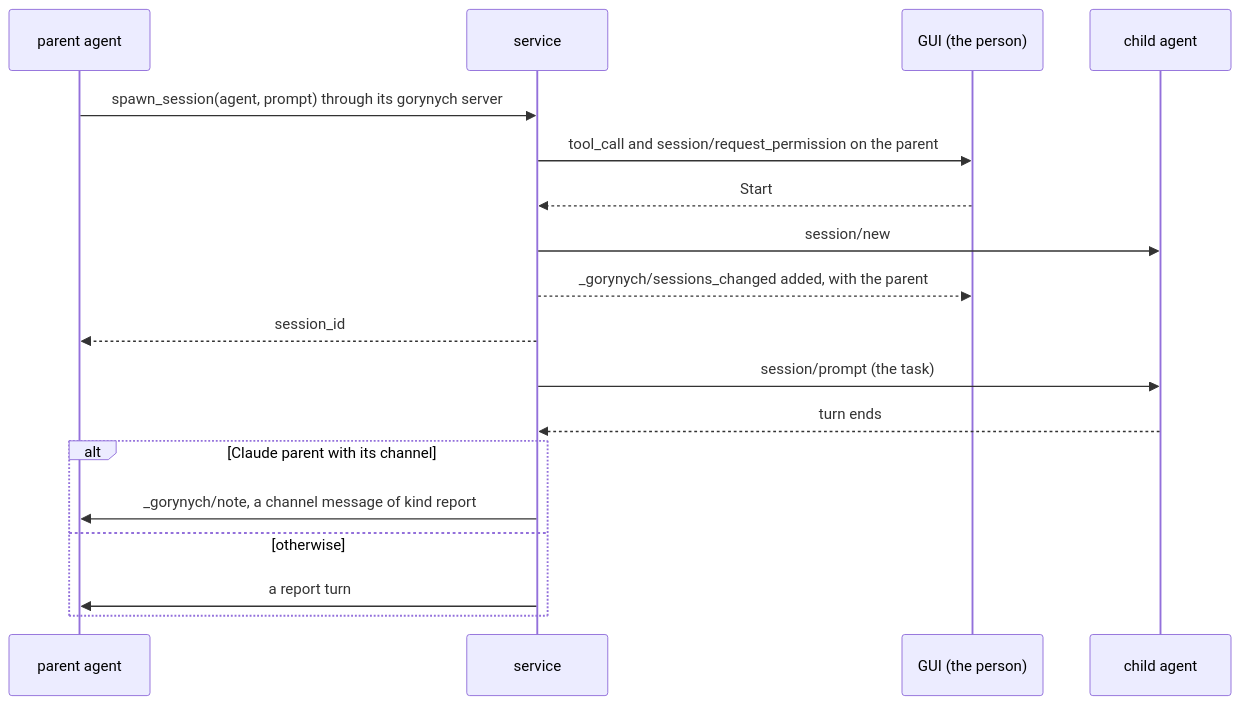
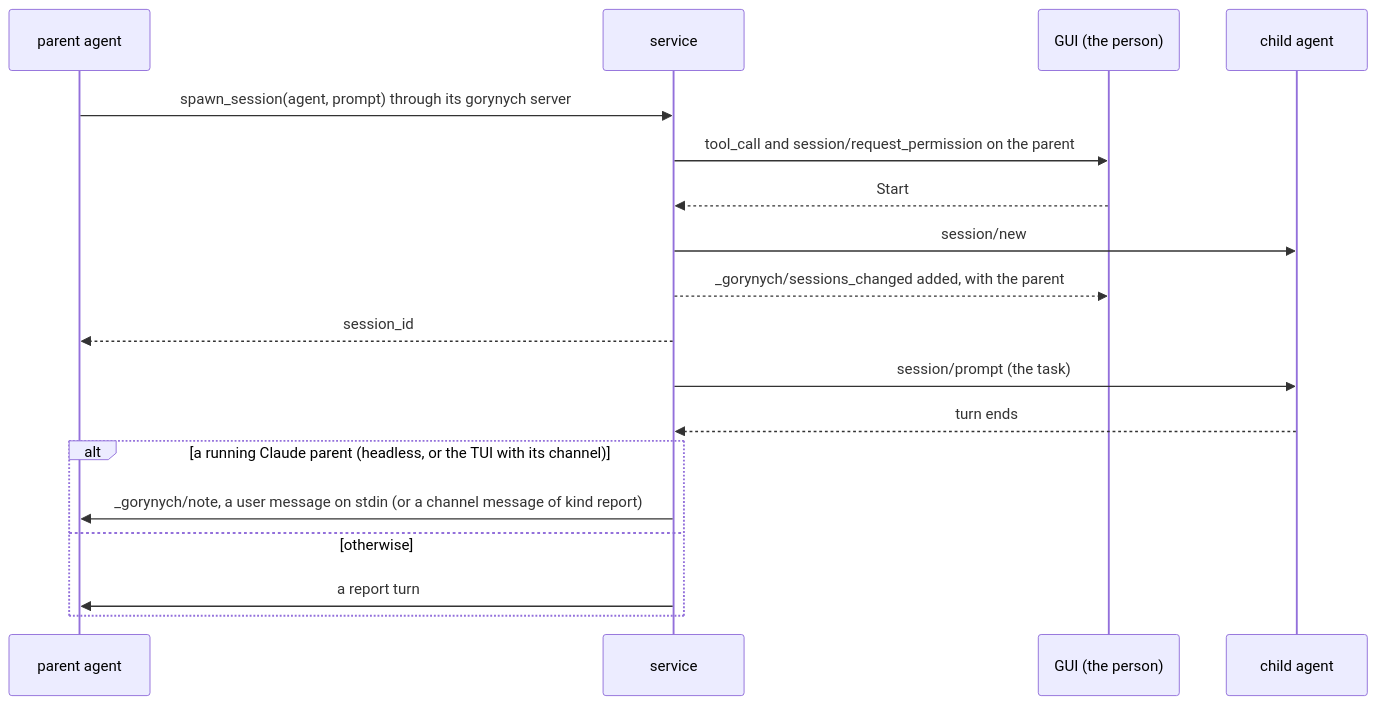
One commit to Phoenix-/gorynych changed the fourth of 5 diagrams in docs/design.md. Above: the diagram before and after it, drawn with Mermaid. The commit also changed other lines of this file and 7 other files, not shown here.

Commit message:
Docs: Claude runs headless by default, the TUI is the fallback

````diff
--- a/docs/design.md
+++ b/docs/design.md
@@ -291,20 +311,20 @@
 ```mermaid
 sequenceDiagram
   participant P as parent agent
   participant S as service
   participant G as GUI (the person)
   participant C as child agent
   P->>S: spawn_session(agent, prompt) through its gorynych server
   S->>G: tool_call and session/request_permission on the parent
   G-->>S: Start
   S->>C: session/new
   S-->>G: _gorynych/sessions_changed added, with the parent
   S-->>P: session_id
   S->>C: session/prompt (the task)
   C-->>S: turn ends
-  alt Claude parent with its channel
-    S->>P: _gorynych/note, a channel message of kind report
+  alt a running Claude parent (headless, or the TUI with its channel)
+    S->>P: _gorynych/note, a user message on stdin (or a channel message of kind report)
   else otherwise
     S->>P: a report turn
   end
 ```
````
